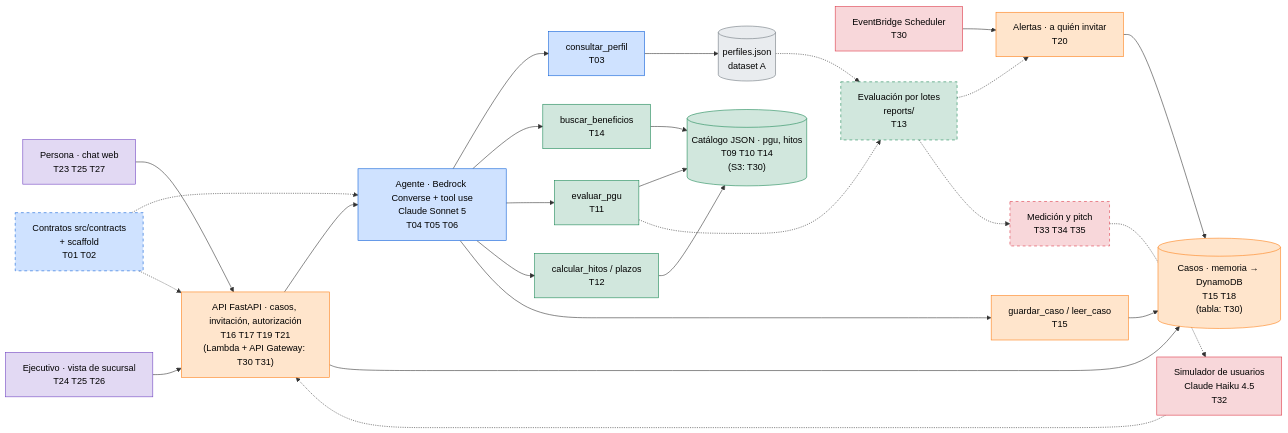
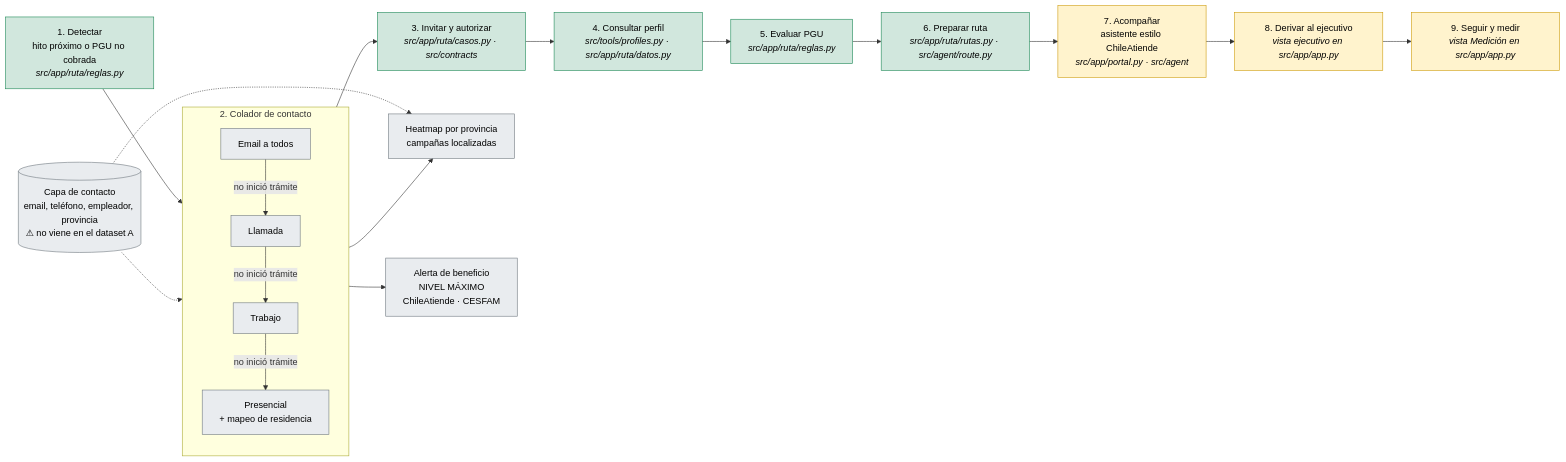
One commit to brunoponcem/hackaton-aws changed the diagram in 35-roles/_equipo.md. Above: the diagram before and after it, drawn with Mermaid. The commit also changed other lines of this file and 10 other files, not shown here.

First line of the commit message:
Simplificar 35-roles y detallar el colador de contacto

````diff
--- a/35-roles/_equipo.md
+++ b/35-roles/_equipo.md
@@ -36,44 +34,28 @@
 ```mermaid
 flowchart LR
-  P["Persona · chat web<br/>T23 T25 T27"] --> API
-  E["Ejecutivo · vista de sucursal<br/>T24 T25 T26"] --> API
-  API["API FastAPI · casos, invitación, autorización<br/>T16 T17 T19 T21<br/>(Lambda + API Gateway: T30 T31)"] --> AG["Agente · Bedrock Converse + tool use<br/>Claude Sonnet 5<br/>T04 T05 T06"]
-  AG --> T0["consultar_perfil<br/>T03"]
-  T0 --> DS[("perfiles.json<br/>dataset A")]
-  AG --> T1["buscar_beneficios<br/>T14"]
-  AG --> T2["evaluar_pgu<br/>T11"]
-  AG --> T3["calcular_hitos / plazos<br/>T12"]
-  AG --> T4["guardar_caso / leer_caso<br/>T15"]
-  T1 --> CAT[("Catálogo JSON · pgu, hitos<br/>T09 T10 T14<br/>(S3: T30)")]
-  T2 --> CAT
-  T3 --> CAT
-  T4 --> DB[("Casos · memoria → DynamoDB<br/>T15 T18<br/>(tabla: T30)")]
-  API --> DB
-  SCH["EventBridge Scheduler<br/>T30"] --> AL["Alertas · a quién invitar<br/>T20"]
-  AL --> DB
-  SIM["Simulador de usuarios<br/>Claude Haiku 4.5<br/>T32"] -.-> API
+  D["1. Detectar<br/>hito próximo o PGU no cobrada<br/><i>src/app/ruta/reglas.py</i>"] --> C
+  subgraph C["2. Colador de contacto"]
+    direction TB
+    C1["Email a todos"] -- no inició trámite --> C2["Llamada"]
+    C2 -- no inició trámite --> C3["Trabajo"]
+    C3 -- no inició trámite --> C4["Presencial<br/>+ mapeo de residencia"]
+  end
+  C --> I["3. Invitar y autorizar<br/><i>src/app/ruta/casos.py · src/contracts</i>"]
+  I --> Q["4. Consultar perfil<br/><i>src/tools/profiles.py · src/app/ruta/datos.py</i>"]
+  Q --> V["5. Evaluar PGU<br/><i>src/app/ruta/reglas.py</i>"]
+  V --> R["6. Preparar ruta<br/><i>src/app/ruta/rutas.py · src/agent/route.py</i>"]
+  R --> A["7. Acompañar<br/>asistente estilo ChileAtiende<br/><i>src/app/portal.py · src/agent</i>"]
+  A --> X["8. Derivar al ejecutivo<br/><i>vista ejecutivo en src/app/app.py</i>"]
+  X --> S["9. Seguir y medir<br/><i>vista Medición en src/app/app.py</i>"]
+  C4 --> HM["Heatmap por provincia<br/>campañas localizadas"]
+  C4 --> AL["Alerta de beneficio<br/>NIVEL MÁXIMO<br/>ChileAtiende · CESFAM"]
+  CX[("Capa de contacto<br/>email, teléfono, empleador, provincia<br/>⚠ no viene en el dataset A")] -.-> C
+  CX -.-> HM
 
-  CON["Contratos src/contracts<br/>+ scaffold<br/>T01 T02"] -.-> AG
-  CON -.-> API
-  LOT["Evaluación por lotes<br/>reports/<br/>T13"] -.-> AL
-  T2 -.-> LOT
-  DS -.-> LOT
-  MED["Medición y pitch<br/>T33 T34 T35"] -.-> SIM
-  LOT -.-> MED
-
-  classDef clemente fill:#cfe2ff,stroke:#0b5ed7,color:#000
-  classDef johann fill:#d1e7dd,stroke:#198754,color:#000
-  classDef jonmor fill:#ffe5cc,stroke:#fd7e14,color:#000
-  classDef bruno fill:#e2d9f3,stroke:#6f42c1,color:#000
-  classDef jp fill:#f8d7da,stroke:#dc3545,color:#000
-  classDef dato fill:#e9ecef,stroke:#6c757d,color:#000
-  classDef apoyo stroke-dasharray:5 5
-
-  class AG,T0,CON clemente
-  class T1,T2,T3,CAT,LOT johann
-  class API,T4,DB,AL jonmor
-  class P,E bruno
-  class SCH,SIM,MED jp
-  class DS dato
-  class CON,LOT,MED apoyo
+  classDef hecho fill:#d1e7dd,stroke:#198754,color:#000
+  classDef parcial fill:#fff3cd,stroke:#cc9a06,color:#000
+  classDef pendiente fill:#e9ecef,stroke:#6c757d,color:#000
+  class D,I,Q,V,R hecho
+  class A,X,S parcial
+  class C1,C2,C3,C4,HM,AL,CX pendiente
 ```
````
